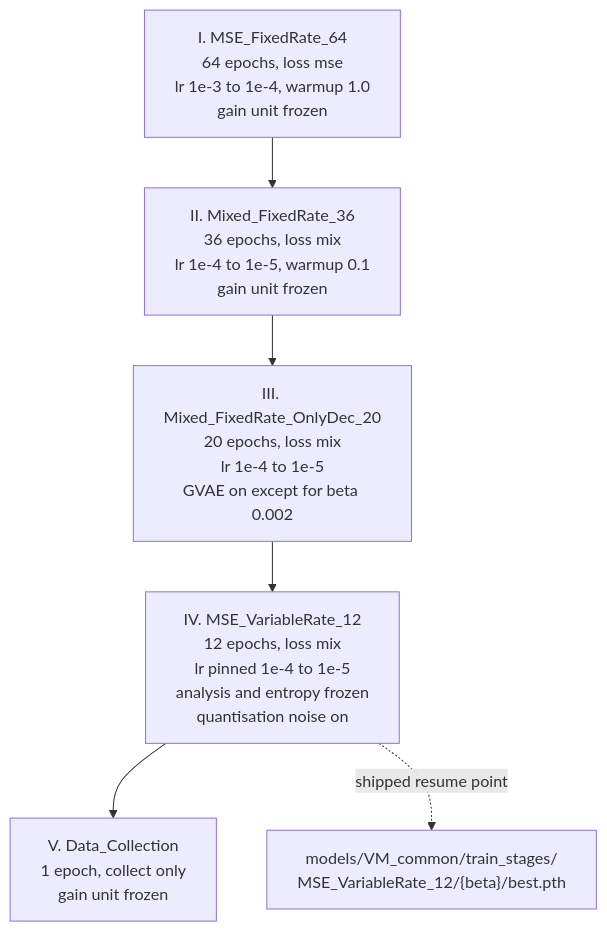
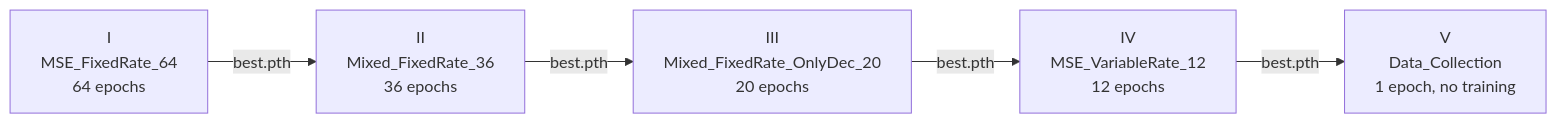
The third of 5 diagrams in docs/architecture/13-training.md (akarabutov/jpeg-ai-reference-software), drawn with Mermaid before and after one commit. The commit also changed other lines of this file and 1 other file, not shown here.

First line of the commit message:
Rewrite the training chapter against the shipped training code

````diff
--- a/docs/architecture/13-training.md
+++ b/docs/architecture/13-training.md
@@ -122,11 +337,10 @@
 ```mermaid
-flowchart TB
-    S1["I. MSE_FixedRate_64<br/>64 epochs, loss mse<br/>lr 1e-3 to 1e-4, warmup 1.0<br/>gain unit frozen"]
-    S2["II. Mixed_FixedRate_36<br/>36 epochs, loss mix<br/>lr 1e-4 to 1e-5, warmup 0.1<br/>gain unit frozen"]
-    S3["III. Mixed_FixedRate_OnlyDec_20<br/>20 epochs, loss mix<br/>lr 1e-4 to 1e-5<br/>GVAE on except for beta 0.002"]
-    S4["IV. MSE_VariableRate_12<br/>12 epochs, loss mix<br/>lr pinned 1e-4 to 1e-5<br/>analysis and entropy frozen<br/>quantisation noise on"]
-    S5["V. Data_Collection<br/>1 epoch, collect only<br/>gain unit frozen"]
+flowchart LR
+    S1["I<br/>MSE_FixedRate_64<br/>64 epochs"]
+    S2["II<br/>Mixed_FixedRate_36<br/>36 epochs"]
+    S3["III<br/>Mixed_FixedRate_OnlyDec_20<br/>20 epochs"]
+    S4["IV<br/>MSE_VariableRate_12<br/>12 epochs"]
+    S5["V<br/>Data_Collection<br/>1 epoch, no training"]
 
-    S1 --> S2 --> S3 --> S4 --> S5
-    S4 -.shipped resume point.-> CP["models/VM_common/train_stages/<br/>MSE_VariableRate_12/{beta}/best.pth"]
+    S1 -->|best.pth| S2 -->|best.pth| S3 -->|best.pth| S4 -->|best.pth| S5
 ```
````
